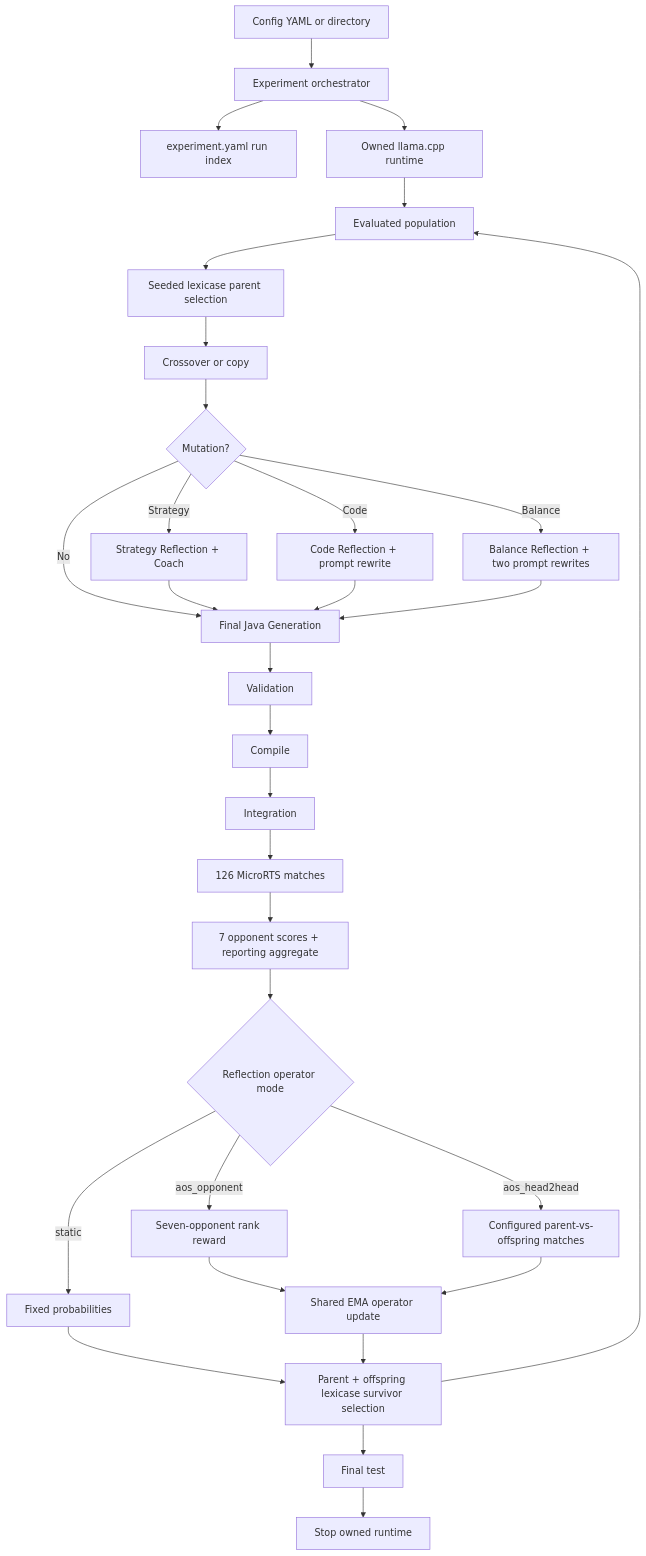
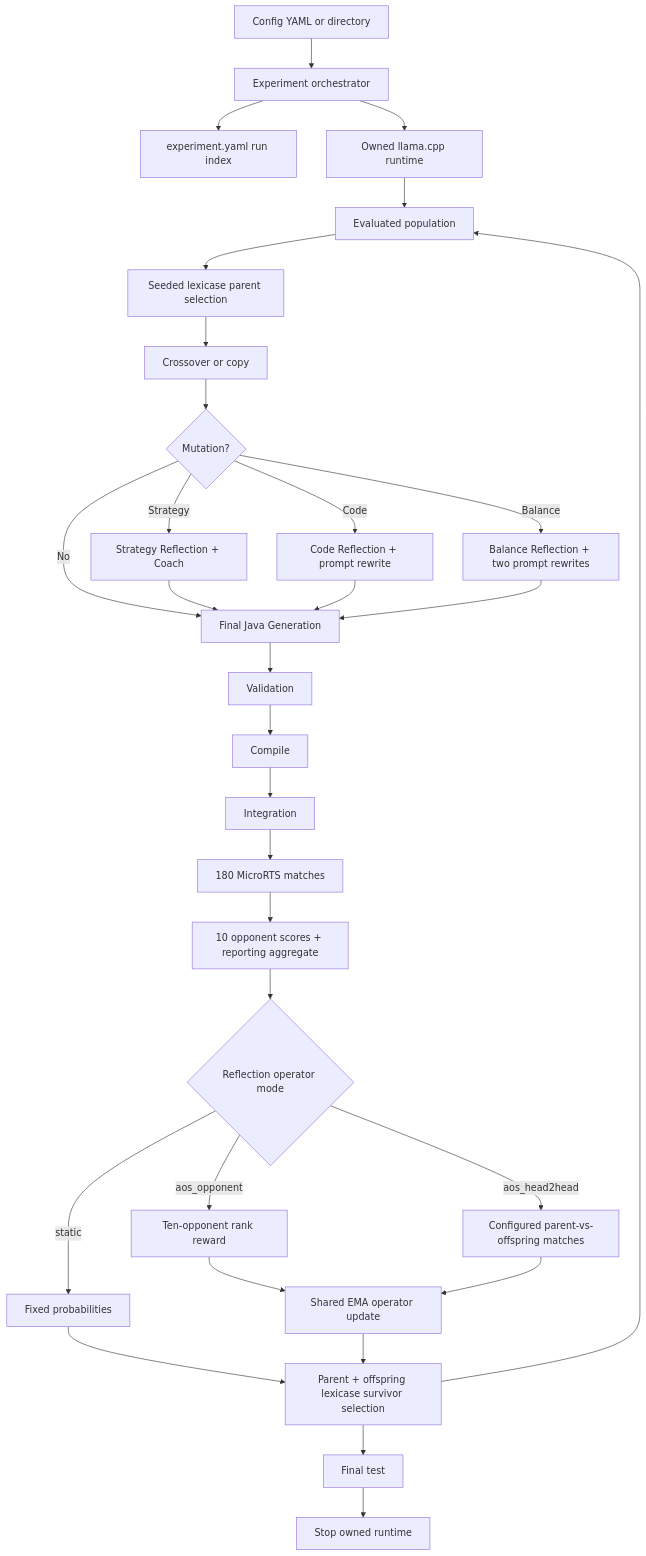
Before and after one commit to sophie8909/EAGLE: the diagram in docs/architecture/overview.md, drawn with Mermaid. The commit also changed other lines of this file and 32 other files, not shown here.

Commit message:
feat(evaluation): restore ten-opponent roster

````diff
--- a/docs/architecture/overview.md
+++ b/docs/architecture/overview.md
@@ -24,30 +24,30 @@
 ```mermaid
 flowchart TD
     CFG["Config YAML or directory"] --> L["Experiment orchestrator"]
     L --> RI["experiment.yaml run index"]
     L --> RT["Owned llama.cpp runtime"]
     RT --> P
     P["Evaluated population"] --> S["Seeded lexicase parent selection"]
     S --> X["Crossover or copy"]
     X --> M{"Mutation?"}
     M -->|Strategy| SR["Strategy Reflection + Coach"]
     M -->|Code| CR["Code Reflection + prompt rewrite"]
     M -->|Balance| BR["Balance Reflection + two prompt rewrites"]
     M -->|No| G["Final Java Generation"]
     SR --> G
     CR --> G
     BR --> G
     G --> V["Validation"] --> C["Compile"] --> I["Integration"]
-    I --> E["126 MicroRTS matches"]
-    E --> O["7 opponent scores + reporting aggregate"]
+    I --> E["180 MicroRTS matches"]
+    E --> O["10 opponent scores + reporting aggregate"]
     O --> R{"Reflection operator mode"}
     R -->|static| F["Fixed probabilities"]
-    R -->|aos_opponent| Q["Seven-opponent rank reward"]
+    R -->|aos_opponent| Q["Ten-opponent rank reward"]
     R -->|aos_head2head| H["Configured parent-vs-offspring matches"]
     Q --> A["Shared EMA operator update"]
     H --> A
     F --> N["Parent + offspring lexicase survivor selection"]
     A --> N --> P
     N --> FT["Final test"]
     FT --> CL["Stop owned runtime"]
 ```
````
